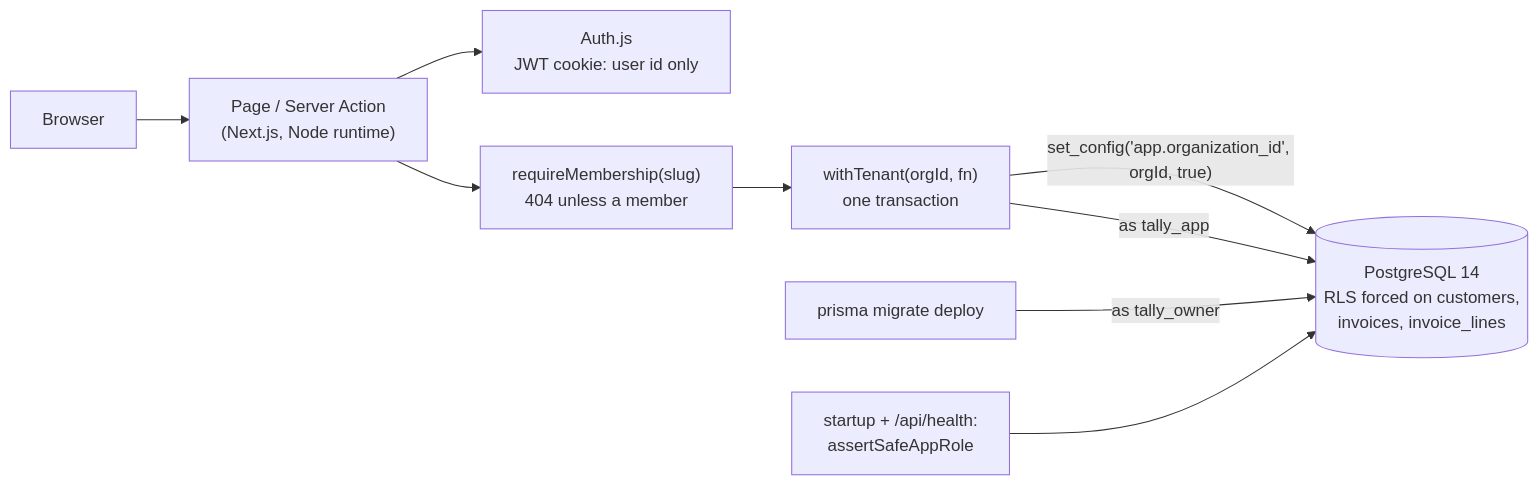
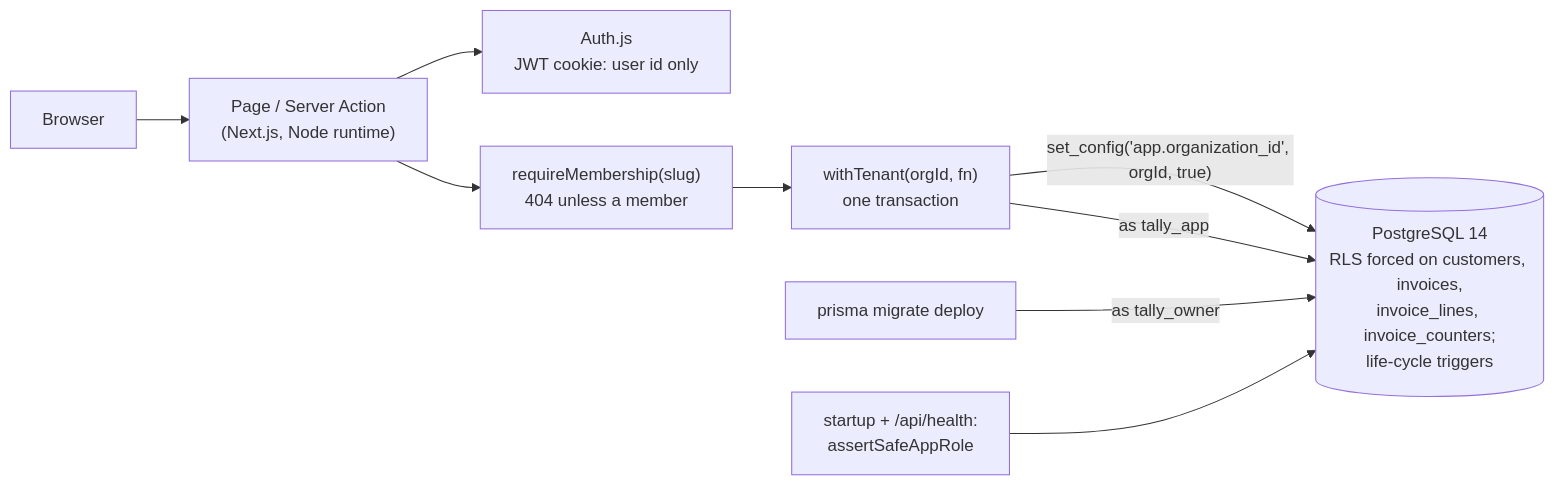
Before and after one commit to vivekdavara/tally: the diagram in README.md, drawn with Mermaid. The commit also changed other lines of this file, not shown here.

````diff
--- a/README.md
+++ b/README.md
@@ -38,11 +52,11 @@
 ```mermaid
 flowchart LR
     B[Browser] --> P["Page / Server Action<br/>(Next.js, Node runtime)"]
     P --> A["Auth.js<br/>JWT cookie: user id only"]
     P --> D["requireMembership(slug)<br/>404 unless a member"]
     D --> T["withTenant(orgId, fn)<br/>one transaction"]
-    T -->|"set_config('app.organization_id', orgId, true)"| PG[("PostgreSQL 14<br/>RLS forced on customers,<br/>invoices, invoice_lines")]
+    T -->|"set_config('app.organization_id', orgId, true)"| PG[("PostgreSQL 14<br/>RLS forced on customers, invoices,<br/>invoice_lines, invoice_counters;<br/>life-cycle triggers")]
     T -->|"as tally_app"| PG
     M["prisma migrate deploy"] -->|"as tally_owner"| PG
     S["startup + /api/health:<br/>assertSafeAppRole"] --> PG
 ```
````
